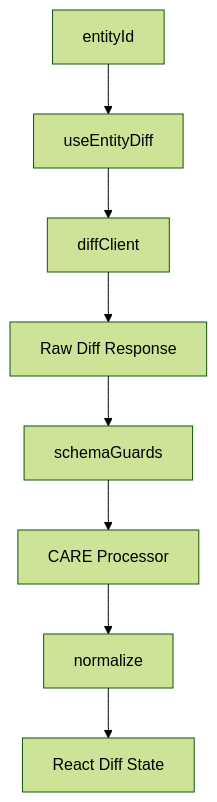
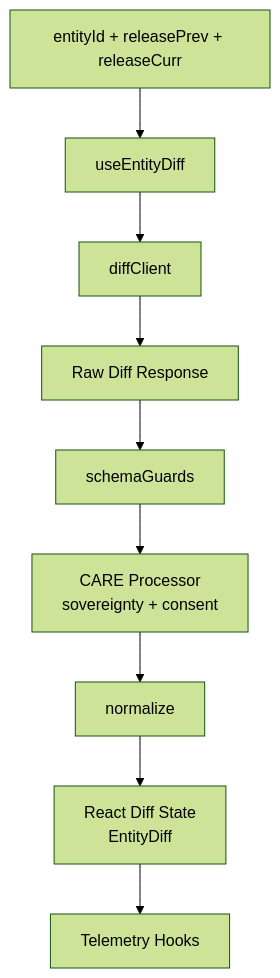
Before and after one commit to bartytime4life/Kansas-Frontier-Matrix: the second of 6 diagrams in web/src/entities/diff-first/hooks/README.md, drawn with Mermaid (forest theme). The commit also changed other lines of this file, not shown here.

````diff
--- a/web/src/entities/diff-first/hooks/README.md
+++ b/web/src/entities/diff-first/hooks/README.md
@@ -92,10 +176,11 @@
-```mermaid
+~~~mermaid
 flowchart TD
-    ID["entityId"] --> HOOK["useEntityDiff"]
+    ID["entityId + releasePrev + releaseCurr"] --> HOOK["useEntityDiff"]
     HOOK --> CALL["diffClient"]
     CALL --> RAW["Raw Diff Response"]
     RAW --> SG["schemaGuards"]
-    SG --> CAREPROC["CARE Processor"]
+    SG --> CAREPROC["CARE Processor<br/>sovereignty + consent"]
     CAREPROC --> NM["normalize"]
-    NM --> STATE["React Diff State"]
-```
+    NM --> STATE["React Diff State<br/>EntityDiff"]
+    STATE --> TEL["Telemetry Hooks"]
+~~~
````
